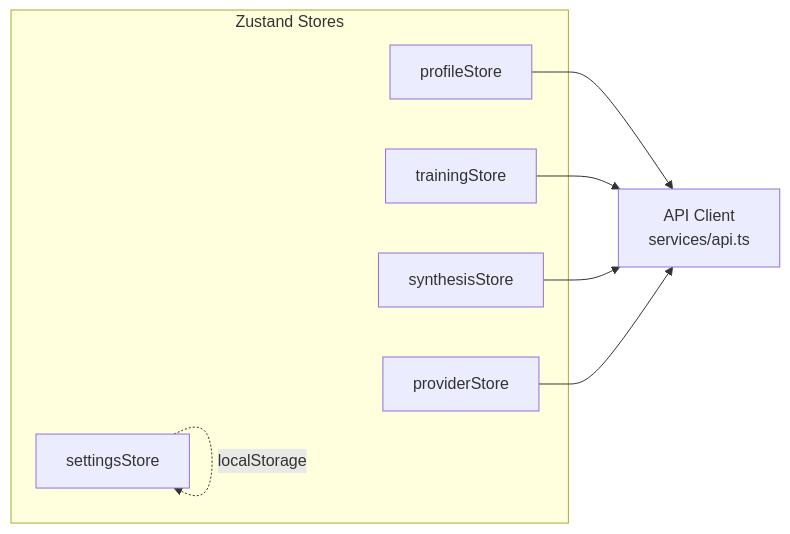
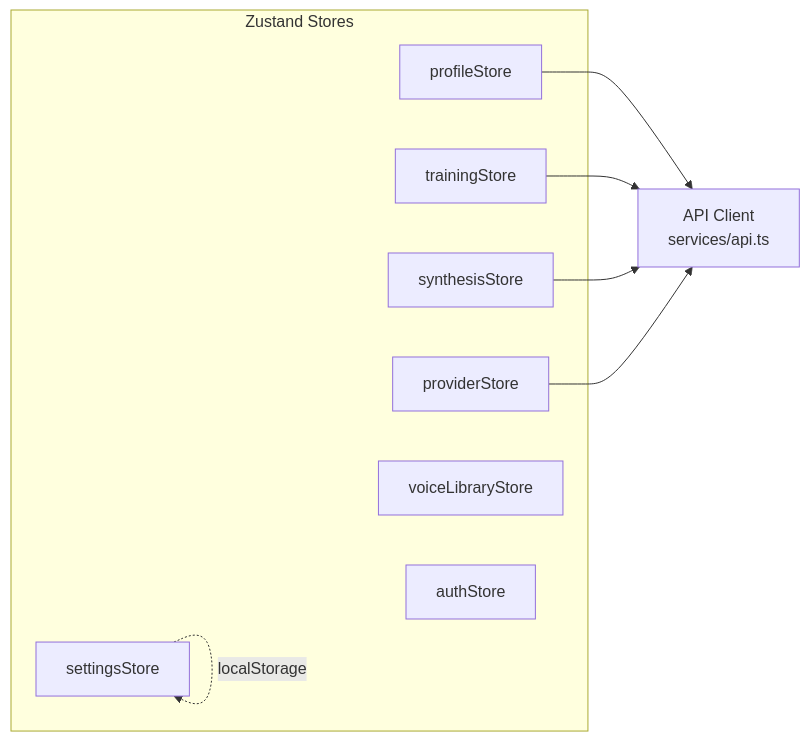
The second of 2 diagrams in docs/FRONTEND.md (HouseGarofalo/atlas-vox), drawn with Mermaid before and after one commit. The commit also changed other lines of this file and 67 other files, not shown here.

````diff
--- a/docs/FRONTEND.md
+++ b/docs/FRONTEND.md
@@ -149,18 +162,20 @@
 ```mermaid
 graph LR
     subgraph "Zustand Stores"
         PS[profileStore]
         TS[trainingStore]
         SS[synthesisStore]
         PRS[providerStore]
         STS[settingsStore]
+        VLS[voiceLibraryStore]
+        AS[authStore]
     end
 
     API[API Client<br/>services/api.ts]
 
     PS --> API
     TS --> API
     SS --> API
     PRS --> API
     STS -.->|"localStorage"| STS
 ```
````
